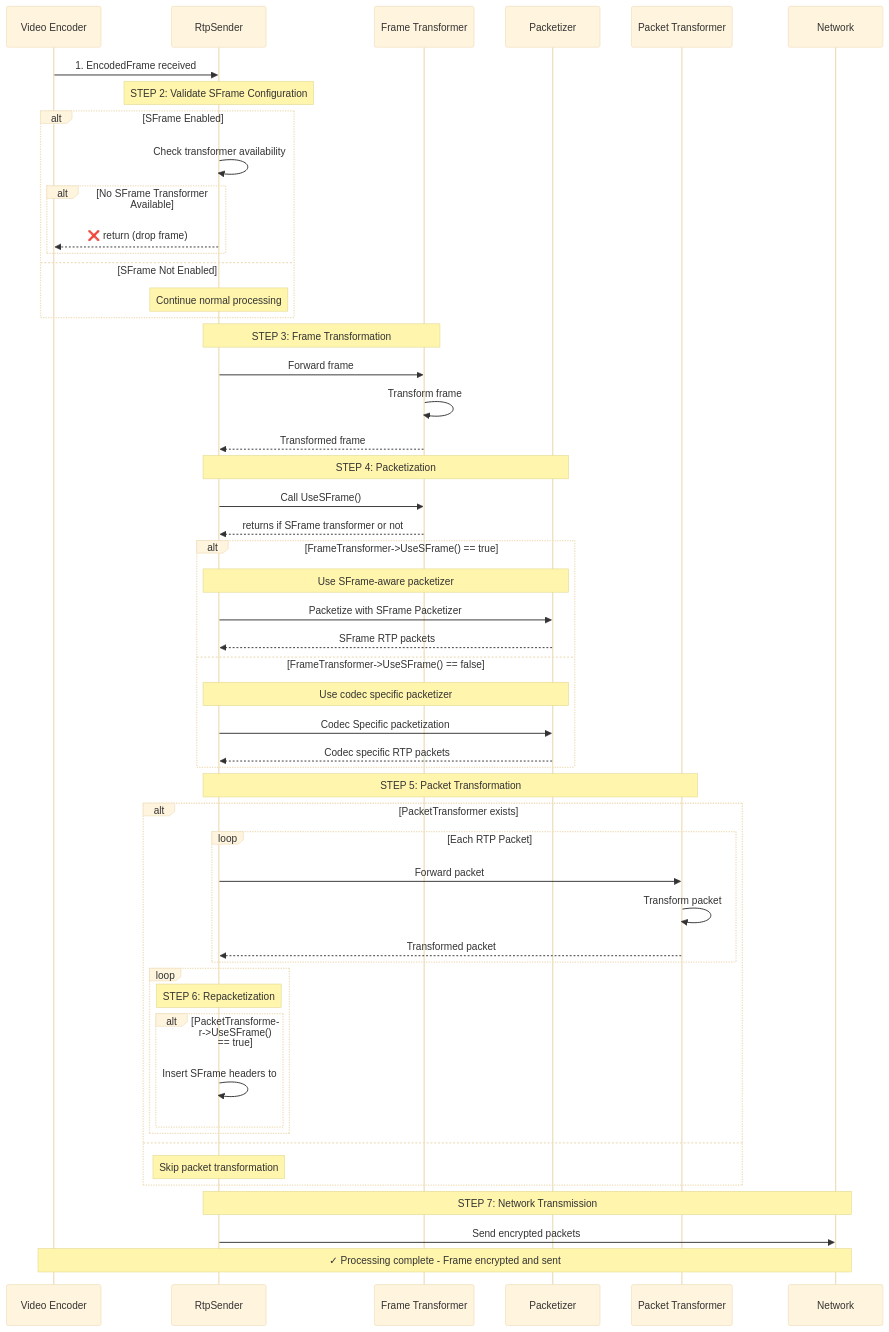
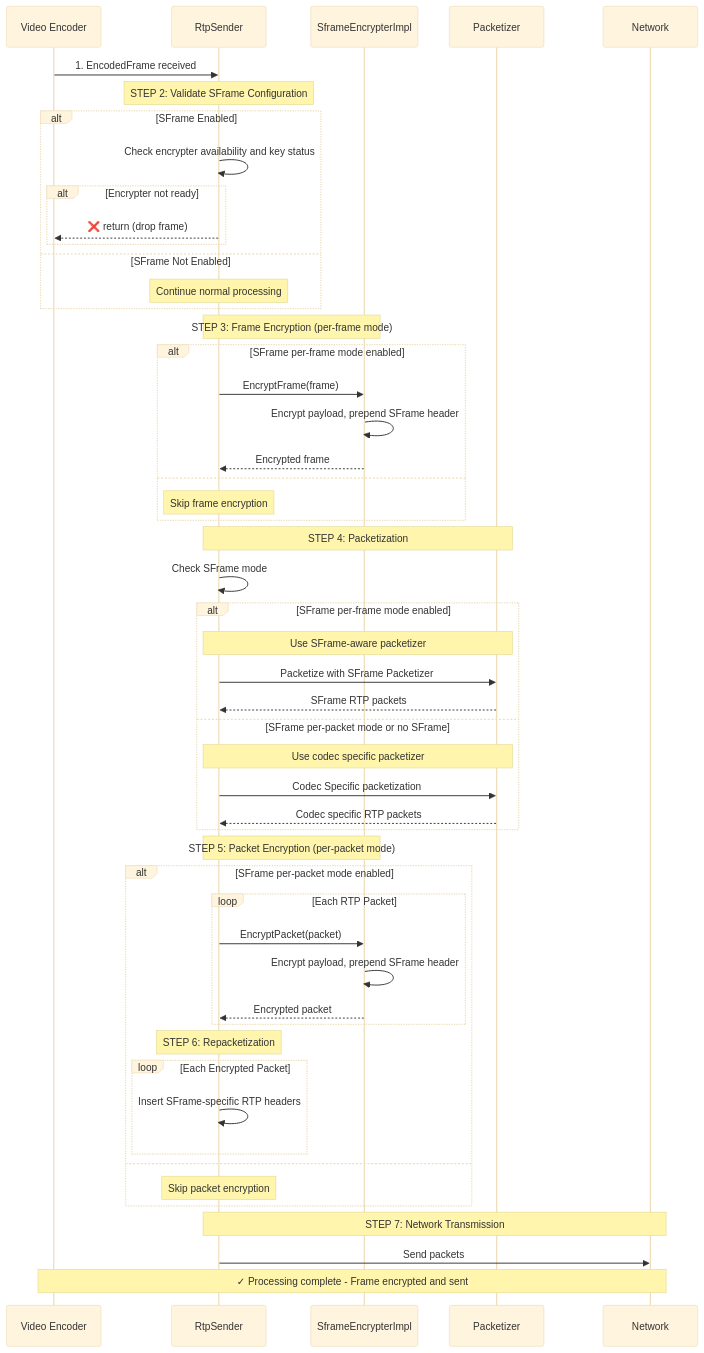
One commit to webex/webrtc-sframe changed diagram 12 of 13 in README.md. Above: the diagram before and after it, drawn with Mermaid (base theme). The commit also changed other lines of this file and 1 other file, not shown here.

````diff
--- a/README.md
+++ b/README.md
@@ -640,70 +432,70 @@
 ```mermaid
 sequenceDiagram
     participant Encoder as Video Encoder
     participant Sender as RtpSender
-    participant FrameTransformer as Frame Transformer
+    participant Encrypter as SframeEncrypterImpl
     participant Packetizer as Packetizer
-    participant PacketTransformer as Packet Transformer
     participant Network as Network
 
     Encoder->>Sender: 1. EncodedFrame received
     
     Note over Sender: STEP 2: Validate SFrame Configuration
 
     alt SFrame Enabled
-        Sender->>Sender: Check transformer availability
-        alt No SFrame Transformer Available
+        Sender->>Sender: Check encrypter availability and key status
+        alt Encrypter not ready
             Sender-->>Encoder: ❌ return (drop frame)
         end
     else SFrame Not Enabled
         Note over Sender: Continue normal processing
     end
     
-    Note over Sender,FrameTransformer: STEP 3: Frame Transformation
+    Note over Sender,Encrypter: STEP 3: Frame Encryption (per-frame mode)
     
-    Sender->>FrameTransformer: Forward frame
-    FrameTransformer->>FrameTransformer: Transform frame
-    FrameTransformer-->>Sender: Transformed frame
+    alt SFrame per-frame mode enabled
+        Sender->>Encrypter: EncryptFrame(frame)
+        Encrypter->>Encrypter: Encrypt payload, prepend SFrame header
+        Encrypter-->>Sender: Encrypted frame
+    else
+        Note over Sender: Skip frame encryption
+    end
     
     Note over Sender,Packetizer: STEP 4: Packetization
     
-    Sender->>FrameTransformer: Call UseSFrame()
-    FrameTransformer-->>Sender: returns if SFrame transformer or not
+    Sender->>Sender: Check SFrame mode
     
-    alt FrameTransformer->UseSFrame() == true
+    alt SFrame per-frame mode enabled
         Note over Sender,Packetizer: Use SFrame-aware packetizer
         
         Sender->>Packetizer: Packetize with SFrame Packetizer
         Packetizer-->>Sender: SFrame RTP packets
-    else FrameTransformer->UseSFrame() == false
+    else SFrame per-packet mode or no SFrame
         Note over Sender,Packetizer: Use codec specific packetizer
         
         Sender->>Packetizer: Codec Specific packetization
         Packetizer-->>Sender: Codec specific RTP packets
     end
     
-    Note over Sender,PacketTransformer: STEP 5: Packet Transformation
+    Note over Sender,Encrypter: STEP 5: Packet Encryption (per-packet mode)
     
-    alt PacketTransformer exists
+    alt SFrame per-packet mode enabled
         loop Each RTP Packet
-            Sender->>PacketTransformer: Forward packet
-            PacketTransformer->>PacketTransformer: Transform packet
-            PacketTransformer-->>Sender: Transformed packet
+            Sender->>Encrypter: EncryptPacket(packet)
+            Encrypter->>Encrypter: Encrypt payload, prepend SFrame header
+            Encrypter-->>Sender: Encrypted packet
         end
 
-        loop
-            Note over Sender: STEP 6: Repacketization
-            alt PacketTransformer->UseSFrame() == true
-                Sender->>Sender: Insert SFrame headers to 
-            end
+        Note over Sender: STEP 6: Repacketization
+        loop Each Encrypted Packet
+            Sender->>Sender: Insert SFrame-specific RTP headers
         end
         
     else
-        Note over Sender: Skip packet transformation
+        Note over Sender: Skip packet encryption
     end
     
     Note over Sender,Network: STEP 7: Network Transmission
-    Sender->>Network: Send encrypted packets
+    Sender->>Network: Send packets
     
     Note over Encoder,Network: ✓ Processing complete - Frame encrypted and sent
 ```
````
